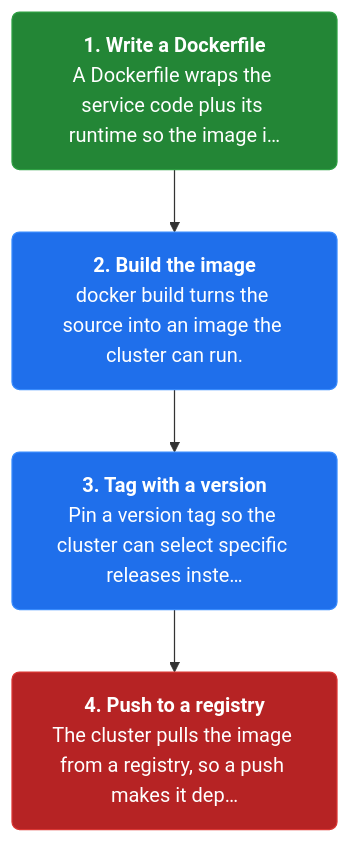
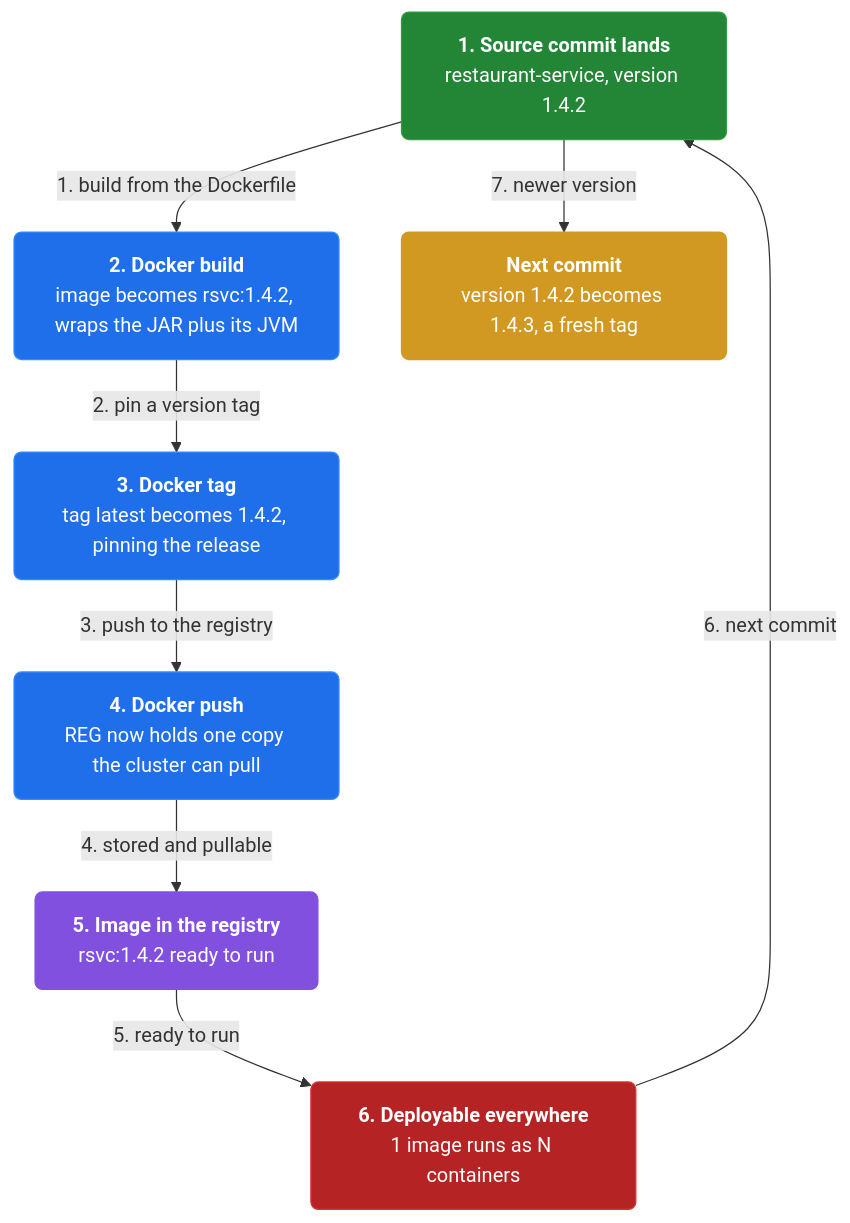
Before and after one commit to vinayakuber/microservices-io-study-guide: the first of 4 diagrams in docs/ch37-service-per-container.md, drawn with Mermaid. The commit also changed other lines of this file and 46 other files, not shown here.

First line of the commit message:
Author rich branching flow diagrams for all 44 chapters

````diff
--- a/docs/ch37-service-per-container.md
+++ b/docs/ch37-service-per-container.md
@@ -13,13 +13,22 @@
 ```mermaid
 flowchart TD
-  classDef step fill:#1f6feb,color:#ffffff,stroke:#388bfd,stroke-width:1px,rx:6
+  classDef step fill:#1f6feb,color:#ffffff,stroke:#388bfd,rx:6
+  classDef core fill:#8250df,color:#ffffff,stroke:#8250df,rx:6
+  classDef warn fill:#d29922,color:#ffffff,stroke:#d29922,rx:6
   classDef start fill:#238636,color:#ffffff,stroke:#2ea043,rx:6
   classDef stop fill:#b62324,color:#ffffff,stroke:#da3633,rx:6
-  s0n0["<b>1. Write a Dockerfile</b><br/>A Dockerfile wraps the service code plus its runtime so the image i…"]:::start
-  s0n1["<b>2. Build the image</b><br/>docker build turns the source into an image the cluster can run."]:::step
-  s0n2["<b>3. Tag with a version</b><br/>Pin a version tag so the cluster can select specific releases inste…"]:::step
-  s0n3["<b>4. Push to a registry</b><br/>The cluster pulls the image from a registry, so a push makes it dep…"]:::stop
-  s0n0 --> s0n1
-  s0n1 --> s0n2
-  s0n2 --> s0n3
+n0["<b>1. Source commit lands</b><br/>restaurant-service, version 1.4.2"]:::start
+  n1["<b>2. Docker build</b><br/>image becomes rsvc:1.4.2, wraps the JAR plus its JVM"]:::step
+  n2["<b>3. Docker tag</b><br/>tag latest becomes 1.4.2, pinning the release"]:::step
+  n3["<b>4. Docker push</b><br/>REG now holds one copy the cluster can pull"]:::step
+  n4["<b>5. Image in the registry</b><br/>rsvc:1.4.2 ready to run"]:::core
+  n5["<b>6. Deployable everywhere</b><br/>1 image runs as N containers"]:::stop
+  n6["<b>Next commit</b><br/>version 1.4.2 becomes 1.4.3, a fresh tag"]:::warn
+  n0 -->|"1. build from the Dockerfile"| n1
+  n1 -->|"2. pin a version tag"| n2
+  n2 -->|"3. push to the registry"| n3
+  n3 -->|"4. stored and pullable"| n4
+  n4 -->|"5. ready to run"| n5
+  n5 -->|"6. next commit"| n0
+  n0 -->|"7. newer version"| n6
 ```
````
